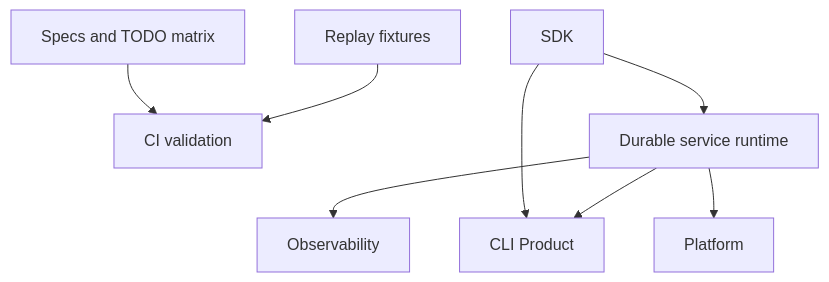
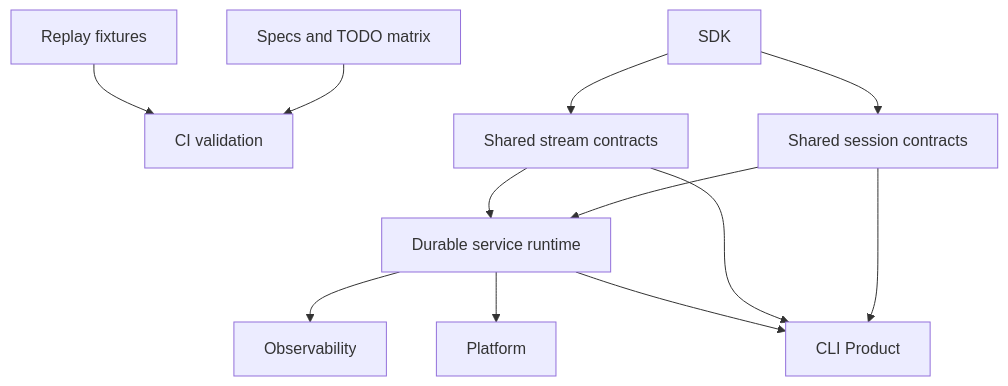
The diagram in spec/ops/README.md (Wh1isper/starweaver), drawn with Mermaid before and after one commit. The commit also changed other lines of this file and 45 other files, not shown here.

First line of the commit message:
feat: add shared session and stream crates

````diff
--- a/spec/ops/README.md
+++ b/spec/ops/README.md
@@ -19,19 +20,25 @@
 ```mermaid
 flowchart TD
     ci[CI validation]
     replay[Replay fixtures]
     specs[Specs and TODO matrix]
     sdk[SDK]
+    session[Shared session contracts]
+    stream[Shared stream contracts]
     service[Durable service runtime]
     cli[CLI Product]
     observability[Observability]
     platform[Platform]
 
     specs --> ci
     replay --> ci
-    sdk --> service
-    sdk --> cli
+    sdk --> session
+    sdk --> stream
+    session --> service
+    stream --> service
+    session --> cli
+    stream --> cli
     service --> observability
     service --> cli
     service --> platform
 ```
````
